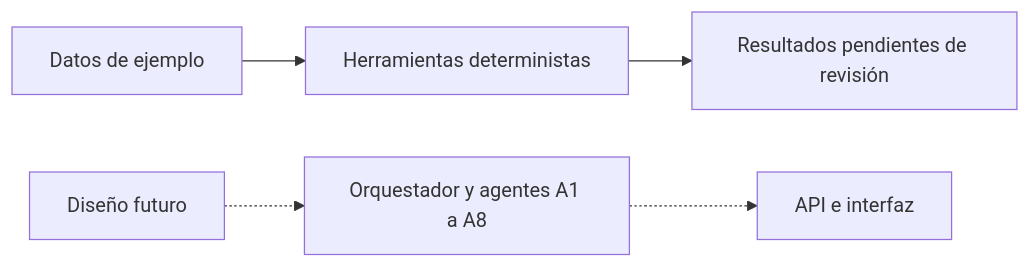
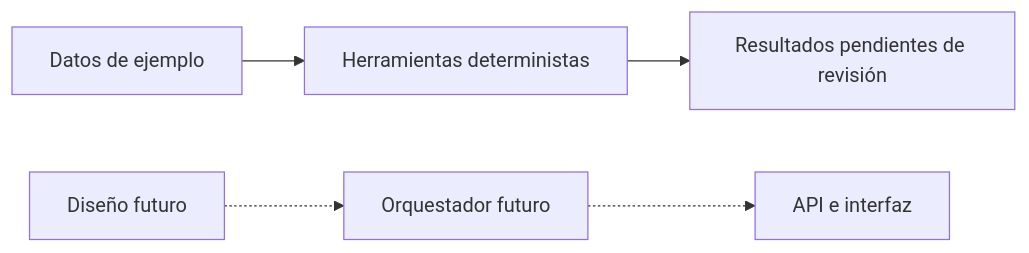
Before and after one commit to alessandrorr1007-debug/veltri: the diagram in README.md, drawn with Mermaid. The commit also changed other lines of this file and 48 other files, not shown here.

````diff
--- a/README.md
+++ b/README.md
@@ -16,7 +17,7 @@
 ```mermaid
 flowchart LR
     DAT[Datos de ejemplo] --> T[Herramientas deterministas]
     T --> REV[Resultados pendientes de revisión]
-    FUT[Diseño futuro] -.-> ORQ[Orquestador y agentes A1 a A8]
+    FUT[Diseño futuro] -.-> ORQ[Orquestador futuro]
     ORQ -.-> API[API e interfaz]
 ```
````
